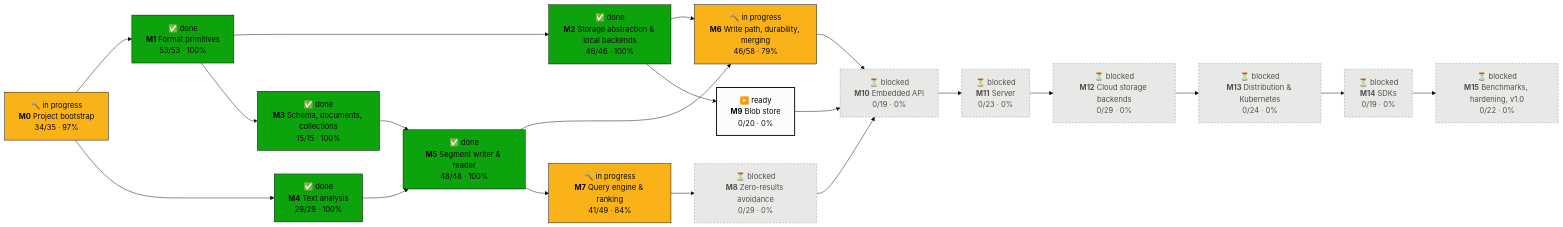
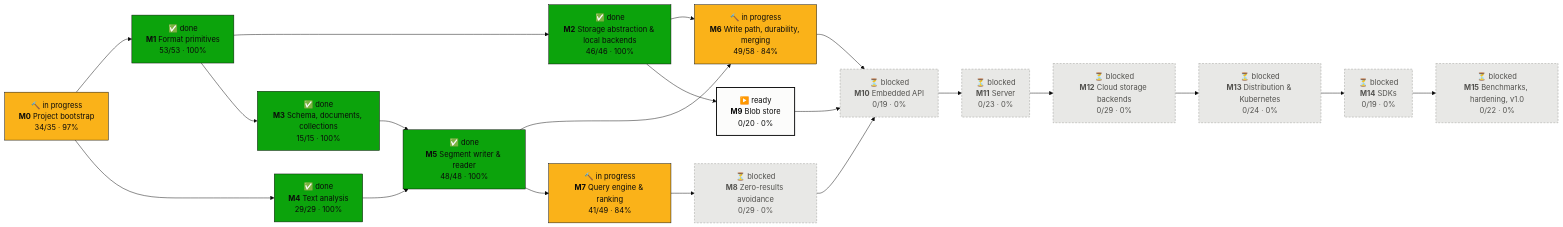
One commit to tomiok/persiaDB changed the first of 2 diagrams in PROGRESS.md. Above: the diagram before and after it, drawn with Mermaid (base theme). The commit also changed other lines of this file and 16 other files, not shown here.

First line of the commit message:
Deterministic merge model with compaction; persia inspect container (ROADMAP 6.5.14, 6.5.12, 6.6.10) (#67)

````diff
--- a/PROGRESS.md
+++ b/PROGRESS.md
@@ -16,42 +16,42 @@
 ```mermaid
 flowchart LR
   M0["🔨 in progress<br/><b>M0</b> Project bootstrap<br/>34/35 · 97%"]:::doing
   M1["✅ done<br/><b>M1</b> Format primitives<br/>53/53 · 100%"]:::done
   M2["✅ done<br/><b>M2</b> Storage abstraction & local backends<br/>46/46 · 100%"]:::done
   M3["✅ done<br/><b>M3</b> Schema, documents, collections<br/>15/15 · 100%"]:::done
   M4["✅ done<br/><b>M4</b> Text analysis<br/>29/29 · 100%"]:::done
   M5["✅ done<br/><b>M5</b> Segment writer & reader<br/>48/48 · 100%"]:::done
-  M6["🔨 in progress<br/><b>M6</b> Write path, durability, merging<br/>46/58 · 79%"]:::doing
+  M6["🔨 in progress<br/><b>M6</b> Write path, durability, merging<br/>49/58 · 84%"]:::doing
   M7["🔨 in progress<br/><b>M7</b> Query engine & ranking<br/>41/49 · 84%"]:::doing
   M8["⏳ blocked<br/><b>M8</b> Zero-results avoidance<br/>0/29 · 0%"]:::blocked
   M9["▶️ ready<br/><b>M9</b> Blob store<br/>0/20 · 0%"]:::ready
   M10["⏳ blocked<br/><b>M10</b> Embedded API<br/>0/19 · 0%"]:::blocked
   M11["⏳ blocked<br/><b>M11</b> Server<br/>0/23 · 0%"]:::blocked
   M12["⏳ blocked<br/><b>M12</b> Cloud storage backends<br/>0/29 · 0%"]:::blocked
   M13["⏳ blocked<br/><b>M13</b> Distribution & Kubernetes<br/>0/24 · 0%"]:::blocked
   M14["⏳ blocked<br/><b>M14</b> SDKs<br/>0/19 · 0%"]:::blocked
   M15["⏳ blocked<br/><b>M15</b> Benchmarks, hardening, v1.0<br/>0/22 · 0%"]:::blocked
   M0 --> M1
   M1 --> M2
   M1 --> M3
   M0 --> M4
   M3 --> M5
   M4 --> M5
   M2 --> M6
   M5 --> M6
   M5 --> M7
   M7 --> M8
   M2 --> M9
   M6 --> M10
   M8 --> M10
   M9 --> M10
   M10 --> M11
   M11 --> M12
   M12 --> M13
   M13 --> M14
   M14 --> M15
   classDef done fill:#0ca30c,stroke:#0b0b0b,color:#0b0b0b
   classDef doing fill:#fab219,stroke:#0b0b0b,color:#0b0b0b
   classDef ready fill:#fcfcfb,stroke:#0b0b0b,stroke-width:2px,color:#0b0b0b
   classDef blocked fill:#e8e8e6,stroke:#9a9a96,stroke-dasharray:4 3,color:#52514e
 ```
````
